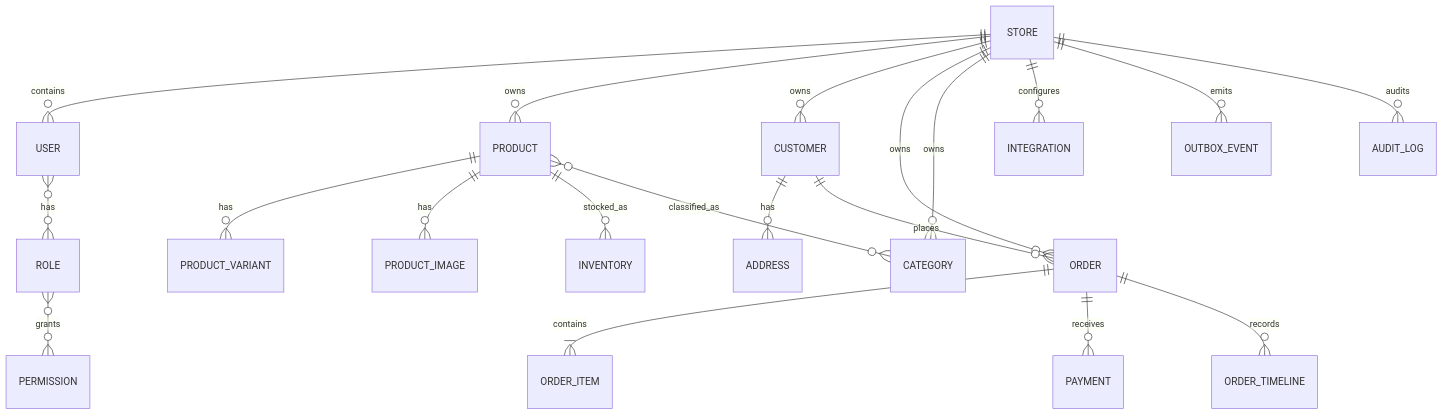
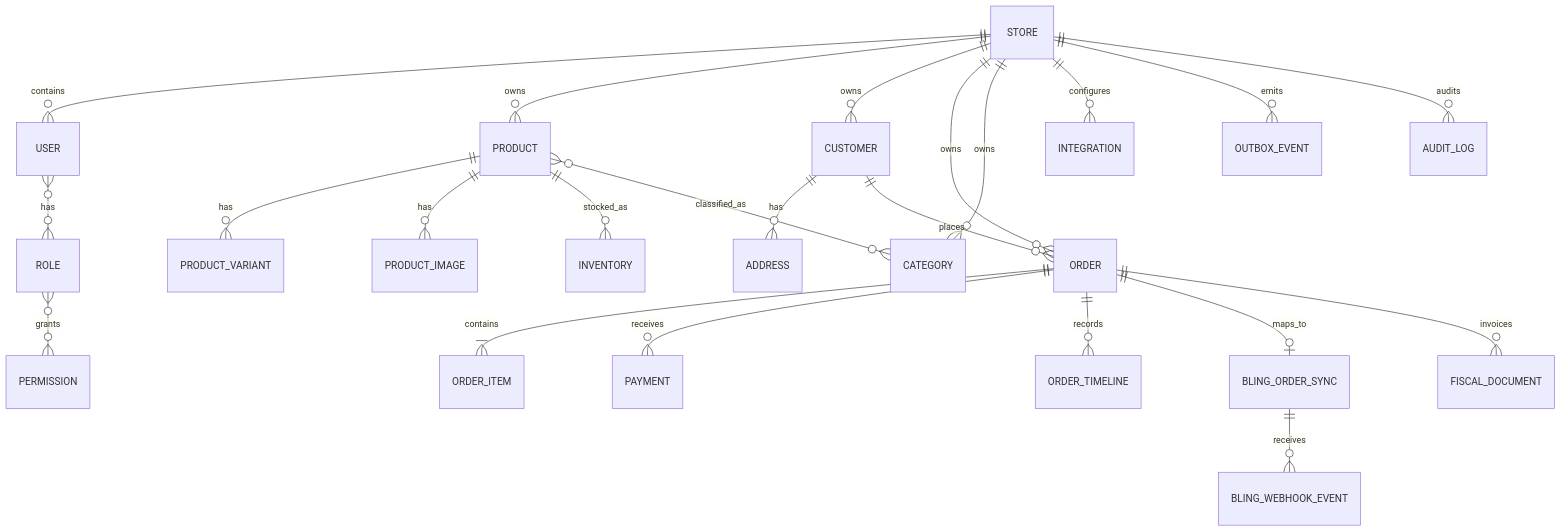
Before and after one commit to devspagnuolo/storeos: the diagram in docs/erd.md, drawn with Mermaid. The commit also changed other lines of this file, not shown here.

Commit message:
docs: modelar vínculo pedido ERP e documento fiscal

````diff
--- a/docs/erd.md
+++ b/docs/erd.md
@@ -3,22 +3,25 @@
 ```mermaid
 erDiagram
   STORE ||--o{ USER : contains
   STORE ||--o{ PRODUCT : owns
   STORE ||--o{ CUSTOMER : owns
   STORE ||--o{ ORDER : owns
   STORE ||--o{ CATEGORY : owns
   USER }o--o{ ROLE : has
   ROLE }o--o{ PERMISSION : grants
   PRODUCT ||--o{ PRODUCT_VARIANT : has
   PRODUCT ||--o{ PRODUCT_IMAGE : has
   PRODUCT ||--o{ INVENTORY : stocked_as
   PRODUCT }o--o{ CATEGORY : classified_as
   CUSTOMER ||--o{ ADDRESS : has
   CUSTOMER ||--o{ ORDER : places
   ORDER ||--|{ ORDER_ITEM : contains
   ORDER ||--o{ PAYMENT : receives
   ORDER ||--o{ ORDER_TIMELINE : records
+  ORDER ||--o| BLING_ORDER_SYNC : maps_to
+  ORDER ||--o{ FISCAL_DOCUMENT : invoices
+  BLING_ORDER_SYNC ||--o{ BLING_WEBHOOK_EVENT : receives
   STORE ||--o{ INTEGRATION : configures
   STORE ||--o{ OUTBOX_EVENT : emits
   STORE ||--o{ AUDIT_LOG : audits
 ```
````
